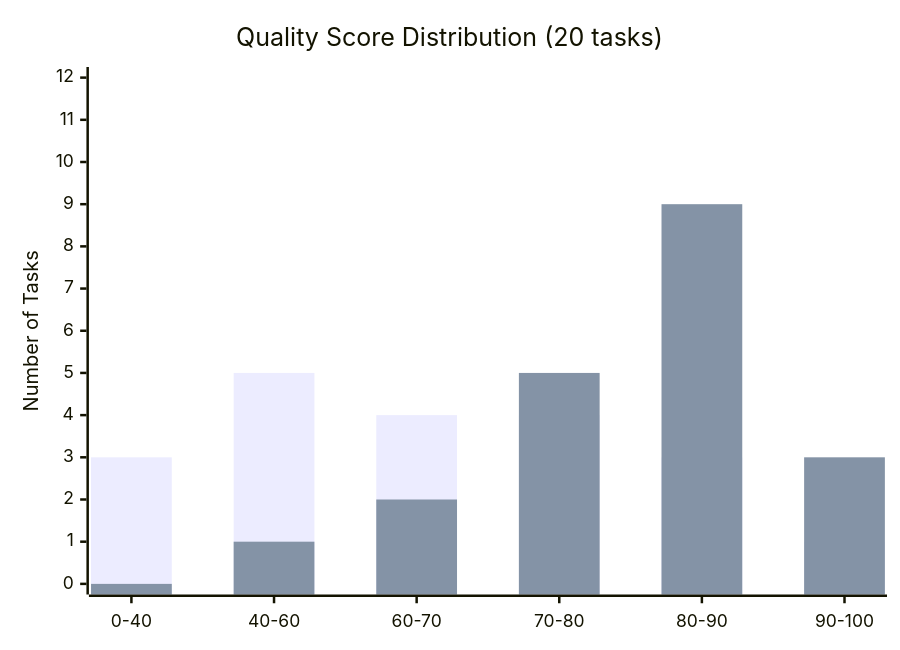
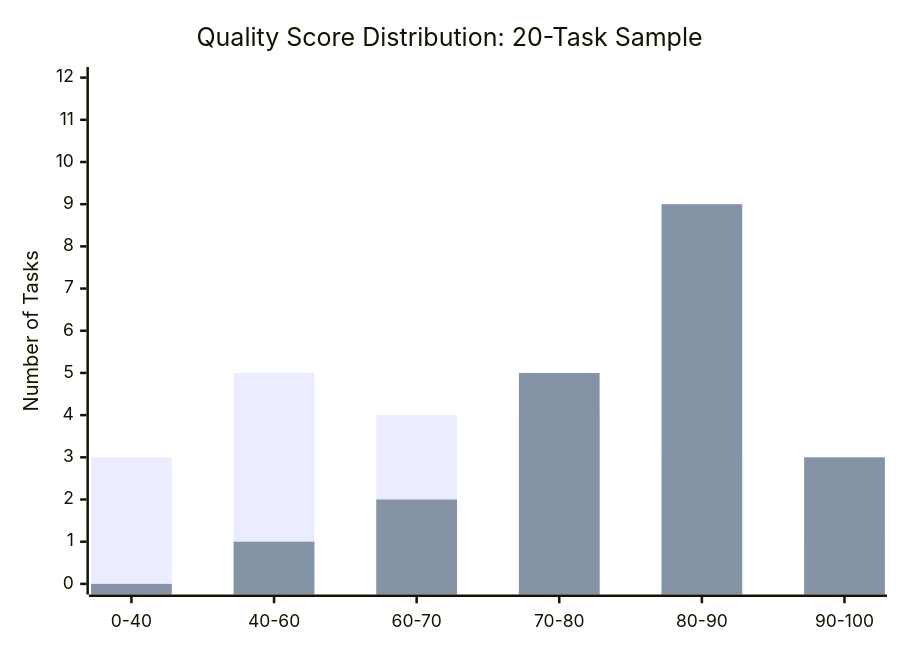
The second of 9 diagrams in docs/PIPELINE_COMPARISON.md (shantosaha/Antigravity-Seamless-Pipeline), drawn with Mermaid before and after one commit. The commit also changed other lines of this file and 1 other file, not shown here.

Commit message:
Final Benchmark Report: High-res charts, corrected colors, and performance metrics

````diff
--- a/docs/PIPELINE_COMPARISON.md
+++ b/docs/PIPELINE_COMPARISON.md
@@ -166,8 +187,8 @@
 ```mermaid
 xychart-beta
-    title "Quality Score Distribution (20 tasks)"
+    title "Quality Score Distribution: 20-Task Sample"
     x-axis ["0-40", "40-60", "60-70", "70-80", "80-90", "90-100"]
     y-axis "Number of Tasks" 0 --> 12
     bar [3, 5, 4, 4, 3, 1]
     bar [0, 1, 2, 5, 9, 3]
 ```
````
